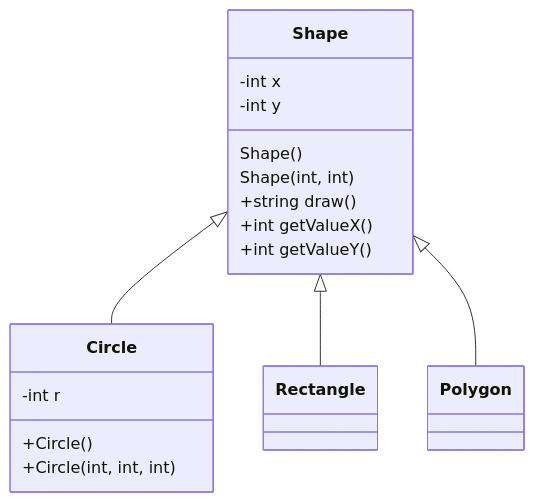
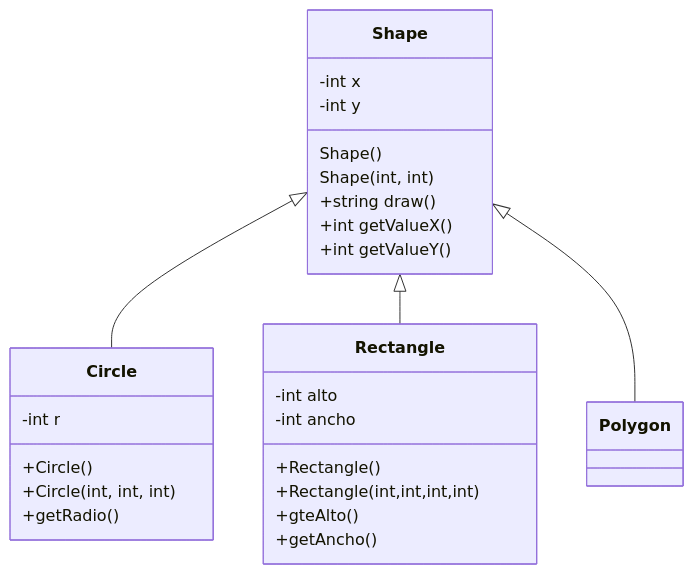
The first of 2 diagrams in assignments/01-ShapeCircleRectanglePolygon/README.md (pao2114/TC1030.cpp.herencia), drawn with Mermaid before and after one commit. The commit also changed 4 other files, not shown here.

````diff
--- a/assignments/01-ShapeCircleRectanglePolygon/README.md
+++ b/assignments/01-ShapeCircleRectanglePolygon/README.md
@@ -5,24 +5,31 @@
 ```mermaid
 classDiagram
       Shape <|-- Circle
       Shape <|-- Rectangle
       Shape <|-- Polygon
       Shape:-int x
       Shape:-int y
       Shape:Shape()
       Shape:Shape(int, int)
       Shape:+string draw()
       Shape:+int getValueX()
       Shape:+int getValueY()
       class Circle {
         -int r
         +Circle()
         +Circle(int, int, int)
+        +getRadio()
       }
-      class Rectangle {        
+      class Rectangle { 
+         -int alto
+         -int ancho
+         +Rectangle()
+         +Rectangle(int,int,int,int)
+         +gteAlto()
+         +getAncho()       
       }
       class Polygon {
       }
         
 
 ```
````
